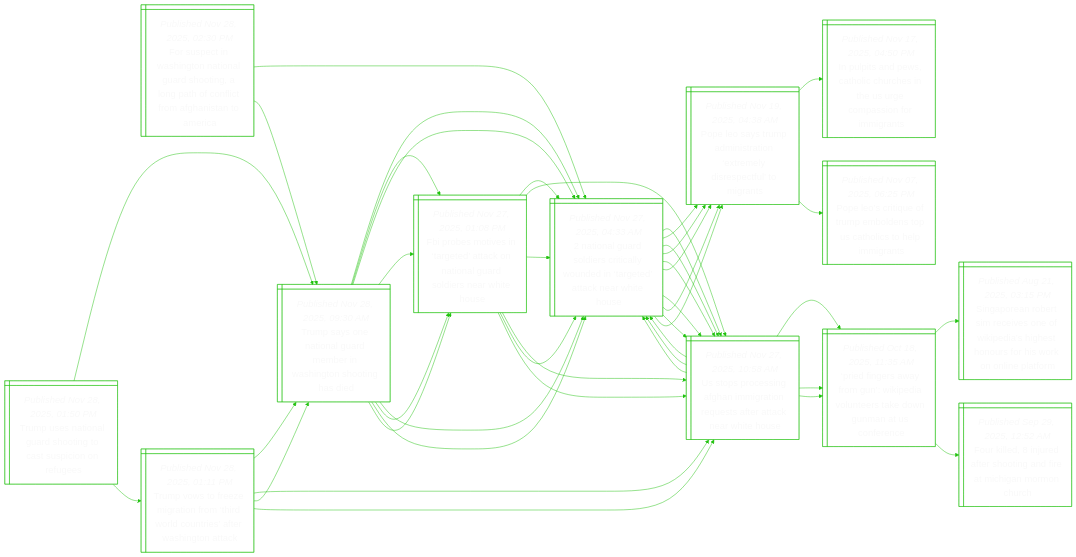
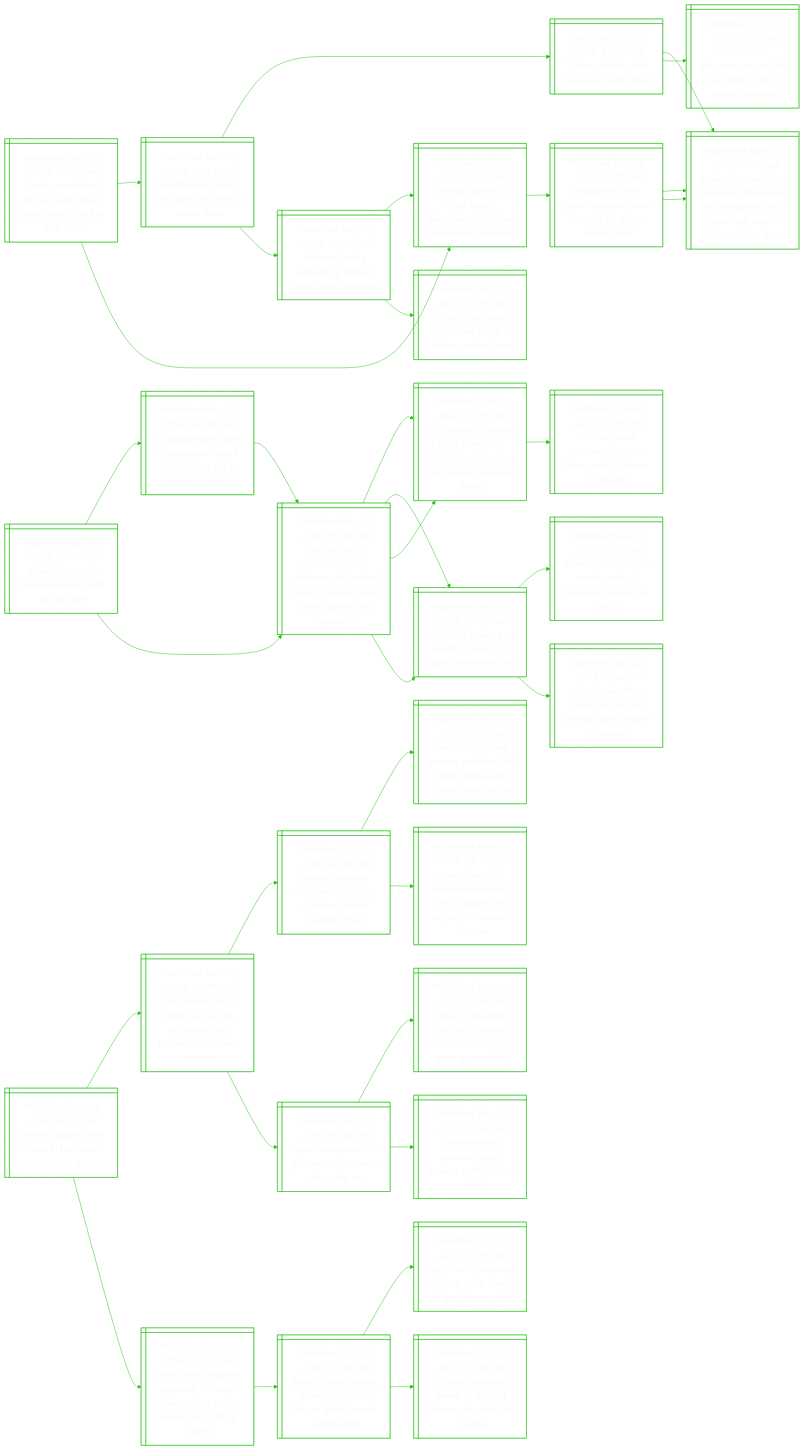
The diagram in README.md (notJmes/notJmes), drawn with Mermaid before and after one commit. The commit also changed other lines of this file, not shown here.

````diff
--- a/README.md
+++ b/README.md
@@ -16,142 +16,112 @@
 flowchart LR
 classDef txtsize font-size:20px;
 
-FsihoiGsiotocmaama@{ shape: win-pane, label: "_Published Nov 28, 2025, 02:30 PM_
-For suspect in washington national guard shooting, a long path of conflict from afghanistan to america" }
-Nnalsiydttteiu@{ shape: win-pane, label: "_Published Nov 27, 2025, 04:33 AM_
-2 national guard soldiers critically wounded in ‘targeted’ attack near white house" }
-Upcnhmteteaats@{ shape: win-pane, label: "_Published Nov 27, 2025, 10:58 AM_
-Us stops processing afghan immigration requests after attack near white house" }
-Nnalsiydttteiu@{ shape: win-pane, label: "_Published Nov 27, 2025, 04:33 AM_
-2 national guard soldiers critically wounded in ‘targeted’ attack near white house" }
-Pfrygkiuregncr@{ shape: win-pane, label: "_Published Oct 18, 2025, 11:35 AM_
-‘pried fingers away from gun’: wikipedia volunteers take down gunman at us conference" }
-Pespnaemipuit@{ shape: win-pane, label: "_Published Nov 19, 2025, 04:38 AM_
-Pope leo says trump administration ‘extremely disrespectful’ to migrants" }
-Ipnsohehrmirgs@{ shape: win-pane, label: "_Published Nov 17, 2025, 04:50 PM_
-In pulpits and pews, catholic churches in the us urge compassion for immigrants" }
-PeieubnUhslit@{ shape: win-pane, label: "_Published Nov 07, 2025, 06:25 PM_
-Pope leo’s critique of trump emboldens top us catholics to help immigrants" }
-TsniGmrstogi@{ shape: win-pane, label: "_Published Nov 28, 2025, 09:30 AM_
-Trump says one national guard member in washington shooting has died" }
-Nnalsiydttteiu@{ shape: win-pane, label: "_Published Nov 27, 2025, 04:33 AM_
-2 national guard soldiers critically wounded in ‘targeted’ attack near white house" }
-Upcnhmteteaats@{ shape: win-pane, label: "_Published Nov 27, 2025, 10:58 AM_
-Us stops processing afghan immigration requests after attack near white house" }
-Pespnaemipuit@{ shape: win-pane, label: "_Published Nov 19, 2025, 04:38 AM_
-Pope leo says trump administration ‘extremely disrespectful’ to migrants" }
-Foosrdcaardnho@{ shape: win-pane, label: "_Published Nov 27, 2025, 01:08 PM_
-Fbi probes motives in ‘targeted’ attack on national guard soldiers near white house" }
-Nnalsiydttteiu@{ shape: win-pane, label: "_Published Nov 27, 2025, 04:33 AM_
-2 national guard soldiers critically wounded in ‘targeted’ attack near white house" }
-Upcnhmteteaats@{ shape: win-pane, label: "_Published Nov 27, 2025, 10:58 AM_
-Us stops processing afghan immigration requests after attack near white house" }
+Srtsiweainb@{ shape: win-pane, label: "_Published Nov 28, 2025, 06:43 PM_
+Spain reports first african swine fever cases since 1994 in wild boar" }
+SKistrswe@{ shape: win-pane, label: "_Published Nov 25, 2025, 02:13 PM_
+South korea issues alert after 6th case of swine fever" }
+Tncrssf@{ shape: win-pane, label: "_Published Oct 23, 2025, 12:50 PM_
+Taiwan detects first cases of swine fever" }
+MssheaneoiirdAane@{ shape: win-pane, label: "_Published May 15, 2025, 10:08 AM_
+Malaysians switch to cheaper alternatives as pork prices hit 2-year high due to african swine fever" }
+FsSprhesoeuf@{ shape: win-pane, label: "_Published Oct 13, 2025, 05:00 AM_
+Flu cases in singapore are on the rise. here’s how to protect yourself" }
+Vairniweua@{ shape: win-pane, label: "_Published Aug 05, 2025, 12:55 PM_
+Vietnam facing worsening african swine fever outbreaks" }
+Vanopitaiweps@{ shape: win-pane, label: "_Published Jul 18, 2025, 12:01 PM_
+Vietnam warns of food supply disruptions as african swine fever spreads" }
+CsaanrAane@{ shape: win-pane, label: "_Published Mar 15, 2023, 05:23 PM_
+China's pig farms battle new surge in african swine fever" }
+Vanopitaiweps@{ shape: win-pane, label: "_Published Jul 18, 2025, 12:01 PM_
+Vietnam warns of food supply disruptions as african swine fever spreads" }
+Msoiuslsyciv@{ shape: win-pane, label: "_Published May 18, 2025, 11:00 AM_
+Malaysia’s pork prices surge as local farms hit by african swine fever" }
+MssheaneoiirdAane@{ shape: win-pane, label: "_Published May 15, 2025, 10:08 AM_
+Malaysians switch to cheaper alternatives as pork prices hit 2-year high due to african swine fever" }
+MssheaneoiirdAane@{ shape: win-pane, label: "_Published May 15, 2025, 10:08 AM_
+Malaysians switch to cheaper alternatives as pork prices hit 2-year high due to african swine fever" }
 
-FsihoiGsiotocmaama:::txtsize --> Nnalsiydttteiu:::txtsize
-Nnalsiydttteiu:::txtsize --> Upcnhmteteaats:::txtsize
-Upcnhmteteaats:::txtsize --> Nnalsiydttteiu:::txtsize
-Upcnhmteteaats:::txtsize --> Pfrygkiuregncr:::txtsize
-Nnalsiydttteiu:::txtsize --> Pespnaemipuit:::txtsize
-Pespnaemipuit:::txtsize --> Ipnsohehrmirgs:::txtsize
-Pespnaemipuit:::txtsize --> PeieubnUhslit:::txtsize
-FsihoiGsiotocmaama:::txtsize --> TsniGmrstogi:::txtsize
-TsniGmrstogi:::txtsize --> Nnalsiydttteiu:::txtsize
-Nnalsiydttteiu:::txtsize --> Upcnhmteteaats:::txtsize
-Nnalsiydttteiu:::txtsize --> Pespnaemipuit:::txtsize
-TsniGmrstogi:::txtsize --> Foosrdcaardnho:::txtsize
-Foosrdcaardnho:::txtsize --> Nnalsiydttteiu:::txtsize
-Foosrdcaardnho:::txtsize --> Upcnhmteteaats:::txtsize
+Srtsiweainb:::txtsize --> SKistrswe:::txtsize
+SKistrswe:::txtsize --> Tncrssf:::txtsize
+Tncrssf:::txtsize --> MssheaneoiirdAane:::txtsize
+Tncrssf:::txtsize --> FsSprhesoeuf:::txtsize
+SKistrswe:::txtsize --> Vairniweua:::txtsize
+Vairniweua:::txtsize --> Vanopitaiweps:::txtsize
+Vairniweua:::txtsize --> CsaanrAane:::txtsize
+Srtsiweainb:::txtsize --> Vanopitaiweps:::txtsize
+Vanopitaiweps:::txtsize --> Msoiuslsyciv:::txtsize
+Msoiuslsyciv:::txtsize --> MssheaneoiirdAane:::txtsize
+Msoiuslsyciv:::txtsize --> MssheaneoiirdAane:::txtsize
 
-Tuaarottiou@{ shape: win-pane, label: "_Published Nov 28, 2025, 01:50 PM_
-Trump uses national guard shooting to cast suspicion on refugees" }
-TsniGmrstogi@{ shape: win-pane, label: "_Published Nov 28, 2025, 09:30 AM_
-Trump says one national guard member in washington shooting has died" }
-Nnalsiydttteiu@{ shape: win-pane, label: "_Published Nov 27, 2025, 04:33 AM_
-2 national guard soldiers critically wounded in ‘targeted’ attack near white house" }
-Upcnhmteteaats@{ shape: win-pane, label: "_Published Nov 27, 2025, 10:58 AM_
-Us stops processing afghan immigration requests after attack near white house" }
-Pespnaemipuit@{ shape: win-pane, label: "_Published Nov 19, 2025, 04:38 AM_
-Pope leo says trump administration ‘extremely disrespectful’ to migrants" }
-Foosrdcaardnho@{ shape: win-pane, label: "_Published Nov 27, 2025, 01:08 PM_
-Fbi probes motives in ‘targeted’ attack on national guard soldiers near white house" }
-Nnalsiydttteiu@{ shape: win-pane, label: "_Published Nov 27, 2025, 04:33 AM_
-2 national guard soldiers critically wounded in ‘targeted’ attack near white house" }
-Upcnhmteteaats@{ shape: win-pane, label: "_Published Nov 27, 2025, 10:58 AM_
-Us stops processing afghan immigration requests after attack near white house" }
-TvozrnTWcrfagt@{ shape: win-pane, label: "_Published Nov 28, 2025, 01:11 PM_
-Trump vows to freeze migration from ‘third world countries’ after washington attack" }
-TsniGmrstogi@{ shape: win-pane, label: "_Published Nov 28, 2025, 09:30 AM_
-Trump says one national guard member in washington shooting has died" }
-Nnalsiydttteiu@{ shape: win-pane, label: "_Published Nov 27, 2025, 04:33 AM_
-2 national guard soldiers critically wounded in ‘targeted’ attack near white house" }
-Foosrdcaardnho@{ shape: win-pane, label: "_Published Nov 27, 2025, 01:08 PM_
-Fbi probes motives in ‘targeted’ attack on national guard soldiers near white house" }
-Upcnhmteteaats@{ shape: win-pane, label: "_Published Nov 27, 2025, 10:58 AM_
-Us stops processing afghan immigration requests after attack near white house" }
-Nnalsiydttteiu@{ shape: win-pane, label: "_Published Nov 27, 2025, 04:33 AM_
-2 national guard soldiers critically wounded in ‘targeted’ attack near white house" }
-Pfrygkiuregncr@{ shape: win-pane, label: "_Published Oct 18, 2025, 11:35 AM_
-‘pried fingers away from gun’: wikipedia volunteers take down gunman at us conference" }
+Bieiylnhdh@{ shape: win-pane, label: "_Published Nov 28, 2025, 06:27 PM_
+Britain tries to fix frayed relations with world’s rich" }
+Ugamknoilialt@{ shape: win-pane, label: "_Published Nov 27, 2025, 06:00 PM_
+Uk budget plan calms markets and labour faithful, but will it appeal to voters?" }
+WrnnnomlevdiyLro@{ shape: win-pane, label: "_Published Nov 25, 2025, 05:55 PM_
+With britain’s economy in the doldrums, will rachel reeves’ budget finally show labour can govern?" }
+Ktroreoiensnnsa@{ shape: win-pane, label: "_Published Jul 05, 2024, 12:05 PM_
+Keir starmer’s labour party sweeps to british election win as pm sunak concedes defeat" }
+Uoauaroeftf@{ shape: win-pane, label: "_Published Jun 13, 2024, 07:15 AM_
+Uk labour leader puts wealth creation at heart of election offer" }
+WrnnnomlevdiyLro@{ shape: win-pane, label: "_Published Nov 25, 2025, 05:55 PM_
+With britain’s economy in the doldrums, will rachel reeves’ budget finally show labour can govern?" }
+Ktroreoiensnnsa@{ shape: win-pane, label: "_Published Jul 05, 2024, 12:05 PM_
+Keir starmer’s labour party sweeps to british election win as pm sunak concedes defeat" }
+Upmtzsstoei@{ shape: win-pane, label: "_Published Jul 05, 2024, 02:25 PM_
+Uk’s ex-prime minister liz truss loses seat to labour in election" }
+Uoauaroeftf@{ shape: win-pane, label: "_Published Jun 13, 2024, 07:15 AM_
+Uk labour leader puts wealth creation at heart of election offer" }
+Toshalaacfl@{ shape: win-pane, label: "_Published May 23, 2024, 12:20 AM_
+‘time to choose’: rishi sunak calls uk national election for july 4" }
+Unfoxacpred@{ shape: win-pane, label: "_Published Jun 11, 2024, 11:11 PM_
+Uk’s sunak offers more tax cuts as election polls refuse to budge" }
 
-Tuaarottiou:::txtsize --> TsniGmrstogi:::txtsize
-TsniGmrstogi:::txtsize --> Nnalsiydttteiu:::txtsize
-Nnalsiydttteiu:::txtsize --> Upcnhmteteaats:::txtsize
-Nnalsiydttteiu:::txtsize --> Pespnaemipuit:::txtsize
-TsniGmrstogi:::txtsize --> Foosrdcaardnho:::txtsize
-Foosrdcaardnho:::txtsize --> Nnalsiydttteiu:::txtsize
-Foosrdcaardnho:::txtsize --> Upcnhmteteaats:::txtsize
-Tuaarottiou:::txtsize --> TvozrnTWcrfagt:::txtsize
-TvozrnTWcrfagt:::txtsize --> TsniGmrstogi:::txtsize
-TsniGmrstogi:::txtsize --> Nnalsiydttteiu:::txtsize
-TsniGmrstogi:::txtsize --> Foosrdcaardnho:::txtsize
-TvozrnTWcrfagt:::txtsize --> Upcnhmteteaats:::txtsize
-Upcnhmteteaats:::txtsize --> Nnalsiydttteiu:::txtsize
-Upcnhmteteaats:::txtsize --> Pfrygkiuregncr:::txtsize
+Bieiylnhdh:::txtsize --> Ugamknoilialt:::txtsize
+Ugamknoilialt:::txtsize --> WrnnnomlevdiyLro:::txtsize
+WrnnnomlevdiyLro:::txtsize --> Ktroreoiensnnsa:::txtsize
+WrnnnomlevdiyLro:::txtsize --> Uoauaroeftf:::txtsize
+Bieiylnhdh:::txtsize --> WrnnnomlevdiyLro:::txtsize
+WrnnnomlevdiyLro:::txtsize --> Ktroreoiensnnsa:::txtsize
+Ktroreoiensnnsa:::txtsize --> Upmtzsstoei:::txtsize
+WrnnnomlevdiyLro:::txtsize --> Uoauaroeftf:::txtsize
+Uoauaroeftf:::txtsize --> Toshalaacfl:::txtsize
+Uoauaroeftf:::txtsize --> Unfoxacpred:::txtsize
 
-TvozrnTWcrfagt@{ shape: win-pane, label: "_Published Nov 28, 2025, 01:11 PM_
-Trump vows to freeze migration from ‘third world countries’ after washington attack" }
-TsniGmrstogi@{ shape: win-pane, label: "_Published Nov 28, 2025, 09:30 AM_
-Trump says one national guard member in washington shooting has died" }
-Nnalsiydttteiu@{ shape: win-pane, label: "_Published Nov 27, 2025, 04:33 AM_
-2 national guard soldiers critically wounded in ‘targeted’ attack near white house" }
-Upcnhmteteaats@{ shape: win-pane, label: "_Published Nov 27, 2025, 10:58 AM_
-Us stops processing afghan immigration requests after attack near white house" }
-Pespnaemipuit@{ shape: win-pane, label: "_Published Nov 19, 2025, 04:38 AM_
-Pope leo says trump administration ‘extremely disrespectful’ to migrants" }
-Foosrdcaardnho@{ shape: win-pane, label: "_Published Nov 27, 2025, 01:08 PM_
-Fbi probes motives in ‘targeted’ attack on national guard soldiers near white house" }
-Nnalsiydttteiu@{ shape: win-pane, label: "_Published Nov 27, 2025, 04:33 AM_
-2 national guard soldiers critically wounded in ‘targeted’ attack near white house" }
-Upcnhmteteaats@{ shape: win-pane, label: "_Published Nov 27, 2025, 10:58 AM_
-Us stops processing afghan immigration requests after attack near white house" }
-Upcnhmteteaats@{ shape: win-pane, label: "_Published Nov 27, 2025, 10:58 AM_
-Us stops processing afghan immigration requests after attack near white house" }
-Nnalsiydttteiu@{ shape: win-pane, label: "_Published Nov 27, 2025, 04:33 AM_
-2 national guard soldiers critically wounded in ‘targeted’ attack near white house" }
-Upcnhmteteaats@{ shape: win-pane, label: "_Published Nov 27, 2025, 10:58 AM_
-Us stops processing afghan immigration requests after attack near white house" }
-Pespnaemipuit@{ shape: win-pane, label: "_Published Nov 19, 2025, 04:38 AM_
-Pope leo says trump administration ‘extremely disrespectful’ to migrants" }
-Pfrygkiuregncr@{ shape: win-pane, label: "_Published Oct 18, 2025, 11:35 AM_
-‘pried fingers away from gun’: wikipedia volunteers take down gunman at us conference" }
-Spnrrvekighrhrnpo@{ shape: win-pane, label: "_Published Aug 21, 2025, 03:15 PM_
-Singaporean robert sim receives one of wikipedia’s highest honours for his work on online platform" }
-Fiieeoariamu@{ shape: win-pane, label: "_Published Sep 29, 2025, 12:52 AM_
-Four killed, 8 injured after shooting and fire at michigan mormon church" }
+Feheodtoai@{ shape: win-pane, label: "_Published Nov 28, 2025, 06:11 PM_
+France catches one of two in bed sheet prison break: minister" }
+Teteaosebshee@{ shape: win-pane, label: "_Published Nov 27, 2025, 06:58 PM_
+Two break out of french jail in ‘old-fashioned saw blades’, bed sheets escape" }
+Fhossgolmego@{ shape: win-pane, label: "_Published Jul 13, 2025, 08:29 PM_
+French prisoner escapes in luggage of fellow inmate leaving prison" }
+Onspiiaeqpsfa@{ shape: win-pane, label: "_Published Jun 03, 2025, 01:00 PM_
+Over 200 inmates escape pakistani jail after earthquake panic, says official" }
+Nljmeeaawegtc@{ shape: win-pane, label: "_Published May 21, 2025, 09:15 AM_
+New orleans jail employee arrested and charged with helping 10 inmates escape" }
+Nrtpnhnitn@{ shape: win-pane, label: "_Published Sep 11, 2025, 08:16 PM_
+Nepal recaptures 200 prisoners, thousands still on the run" }
+Nsisekooranse@{ shape: win-pane, label: "_Published Sep 11, 2025, 07:52 PM_
+Nepal’s president says he’s seeking solution to crisis ‘as soon as possible’" }
+Nutiorslil@{ shape: win-pane, label: "_Published Sep 11, 2025, 11:10 AM_
+Nepal unrest: possible power brokers to fill political void" }
+Ftuteiviorotfs@{ shape: win-pane, label: "_Published Nov 25, 2025, 10:12 PM_
+Four other suspects arrested in louvre heist probe, paris prosecutor’s office says" }
+Fhcerpiviwtig@{ shape: win-pane, label: "_Published Oct 30, 2025, 03:20 PM_
+French police arrest more suspects in louvre heist, jewels still missing" }
+PLeubhwitea@{ shape: win-pane, label: "_Published Oct 20, 2025, 02:36 AM_
+Paris’ louvre museum robbery: what jewels did the thieves steal?" }
+LesjsnrahRp@{ shape: win-pane, label: "_Published Oct 25, 2025, 07:20 PM_
+Louvre transfers jewels to bank of france after heist, rtl reports" }
 
-TvozrnTWcrfagt:::txtsize --> TsniGmrstogi:::txtsize
-TsniGmrstogi:::txtsize --> Nnalsiydttteiu:::txtsize
-Nnalsiydttteiu:::txtsize --> Upcnhmteteaats:::txtsize
-Nnalsiydttteiu:::txtsize --> Pespnaemipuit:::txtsize
-TsniGmrstogi:::txtsize --> Foosrdcaardnho:::txtsize
-Foosrdcaardnho:::txtsize --> Nnalsiydttteiu:::txtsize
-Foosrdcaardnho:::txtsize --> Upcnhmteteaats:::txtsize
-TvozrnTWcrfagt:::txtsize --> Upcnhmteteaats:::txtsize
-Upcnhmteteaats:::txtsize --> Nnalsiydttteiu:::txtsize
-Nnalsiydttteiu:::txtsize --> Upcnhmteteaats:::txtsize
-Nnalsiydttteiu:::txtsize --> Pespnaemipuit:::txtsize
-Upcnhmteteaats:::txtsize --> Pfrygkiuregncr:::txtsize
-Pfrygkiuregncr:::txtsize --> Spnrrvekighrhrnpo:::txtsize
-Pfrygkiuregncr:::txtsize --> Fiieeoariamu:::txtsize
+Feheodtoai:::txtsize --> Teteaosebshee:::txtsize
+Teteaosebshee:::txtsize --> Fhossgolmego:::txtsize
+Fhossgolmego:::txtsize --> Onspiiaeqpsfa:::txtsize
+Fhossgolmego:::txtsize --> Nljmeeaawegtc:::txtsize
+Teteaosebshee:::txtsize --> Nrtpnhnitn:::txtsize
+Nrtpnhnitn:::txtsize --> Nsisekooranse:::txtsize
+Nrtpnhnitn:::txtsize --> Nutiorslil:::txtsize
+Feheodtoai:::txtsize --> Ftuteiviorotfs:::txtsize
+Ftuteiviorotfs:::txtsize --> Fhcerpiviwtig:::txtsize
+Fhcerpiviwtig:::txtsize --> PLeubhwitea:::txtsize
+Fhcerpiviwtig:::txtsize --> LesjsnrahRp:::txtsize
 
 ```
````
